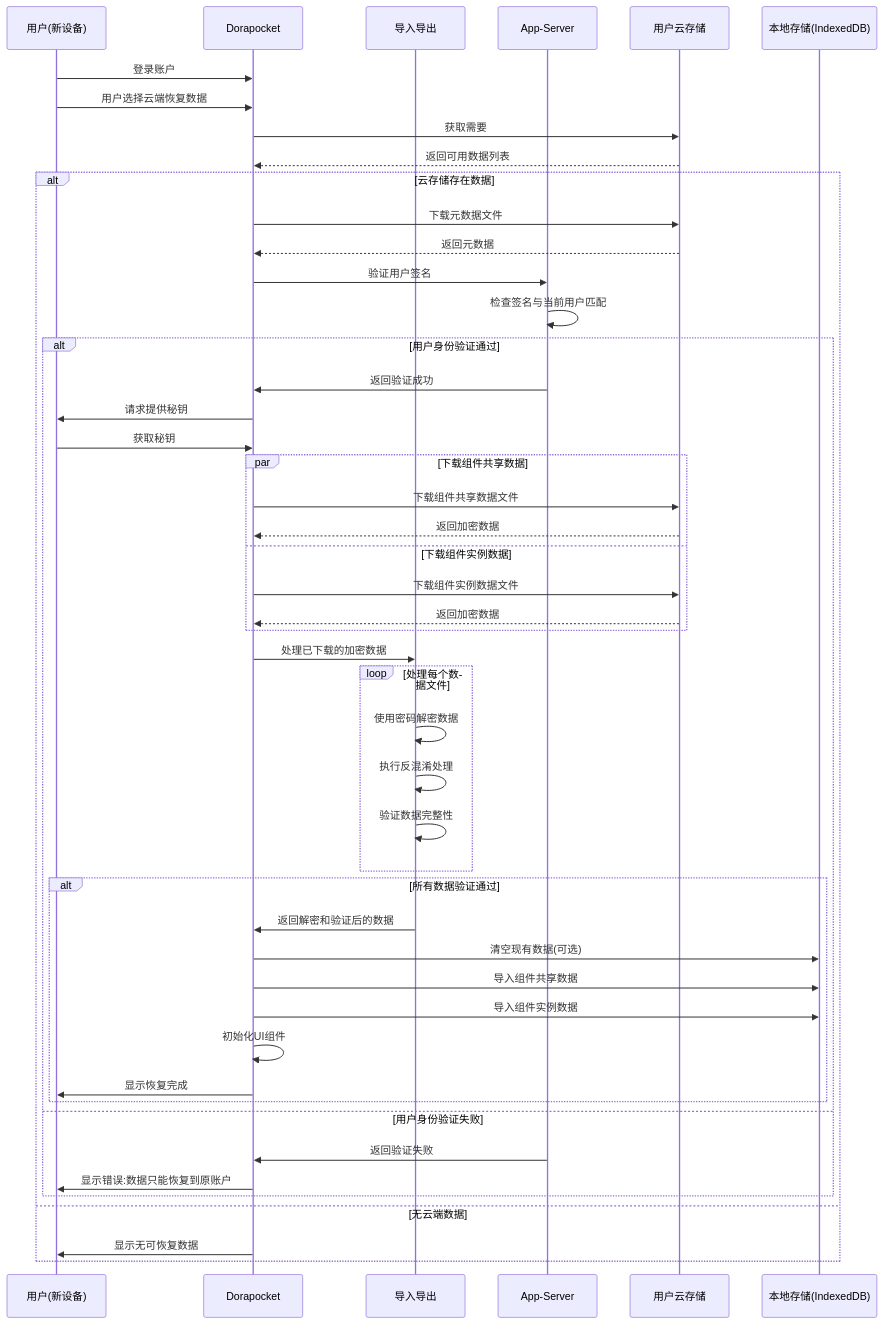
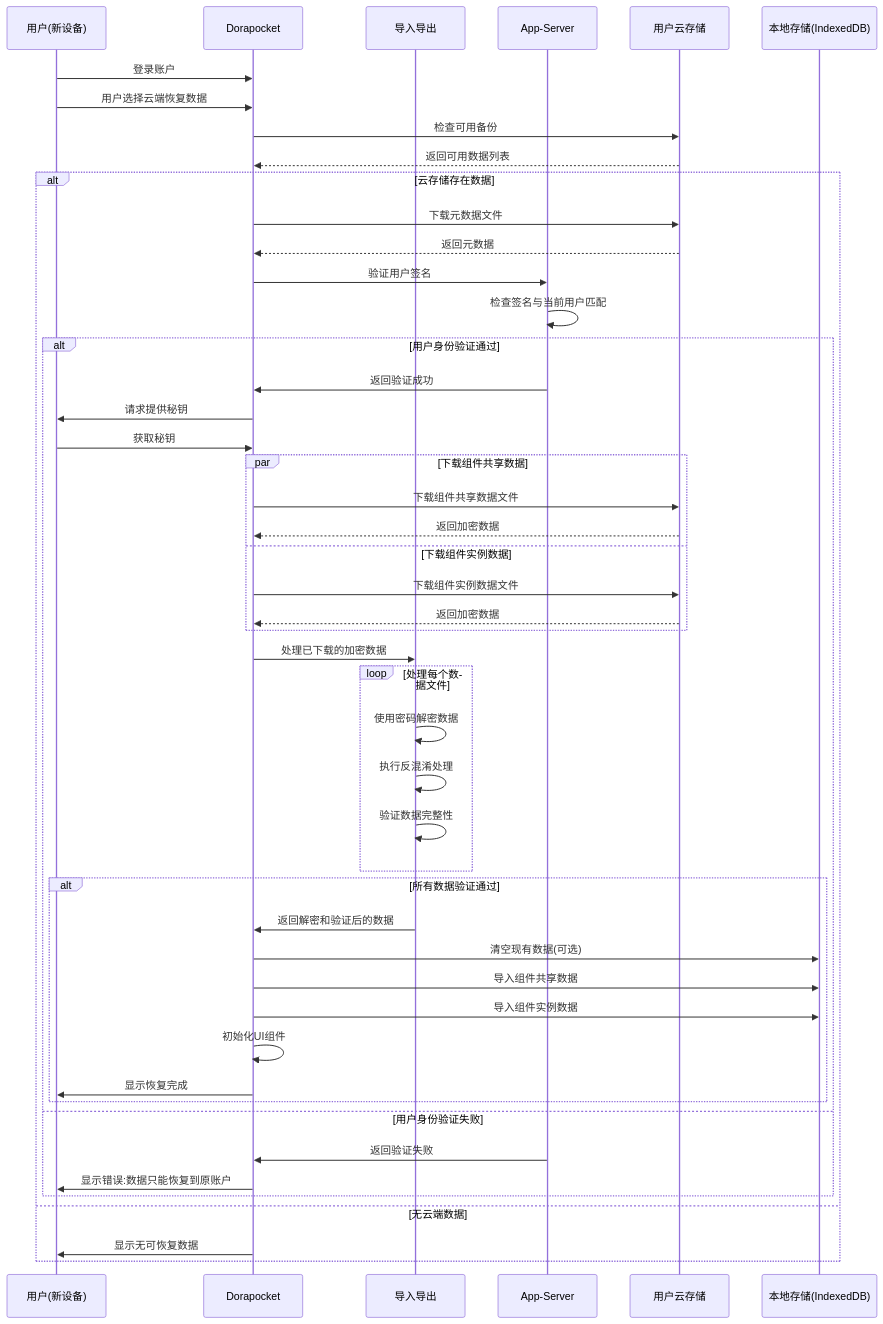
Before and after one commit to yingjianzh/iodraw-files: the diagram in all/未命名-38.md, drawn with Mermaid.

Commit message:
2025-04-21 13:46:45 update

````diff
--- a/all/未命名-38.md
+++ b/all/未命名-38.md
@@ -1,64 +1,64 @@
 ```mermaid
 
 sequenceDiagram
     participant User as 用户(新设备)
     participant App as Dorapocket
     participant Security as 导入导出
     participant AppServer as App-Server
     participant UserCloud as 用户云存储
     participant LocalDB as 本地存储(IndexedDB)
     
     User->>App: 登录账户
     User->>App: 用户选择云端恢复数据
     
-    App->>UserCloud: 获取需要
+    App->>UserCloud: 检查可用备份
     UserCloud-->>App: 返回可用数据列表
     
     alt 云存储存在数据
         
         App->>UserCloud: 下载元数据文件
         UserCloud-->>App: 返回元数据
         
         App->>AppServer: 验证用户签名
         AppServer->>AppServer: 检查签名与当前用户匹配
         
         alt 用户身份验证通过
             AppServer->>App: 返回验证成功
             
             App->>User: 请求提供秘钥
             User->>App: 获取秘钥
             
             par 下载组件共享数据
                 App->>UserCloud: 下载组件共享数据文件
                 UserCloud-->>App: 返回加密数据
             and 下载组件实例数据
                 App->>UserCloud: 下载组件实例数据文件
                 UserCloud-->>App: 返回加密数据
             end
             
             App->>Security: 处理已下载的加密数据
             loop 处理每个数据文件
                 Security->>Security: 使用密码解密数据
                 Security->>Security: 执行反混淆处理
                 Security->>Security: 验证数据完整性
             end
             
             alt 所有数据验证通过
                 Security->>App: 返回解密和验证后的数据
                 
                 App->>LocalDB: 清空现有数据(可选)
                 App->>LocalDB: 导入组件共享数据
                 App->>LocalDB: 导入组件实例数据
                 
                 App->>App: 初始化UI组件
                 App->>User: 显示恢复完成
             end
         else 用户身份验证失败
             AppServer->>App: 返回验证失败
             App->>User: 显示错误:数据只能恢复到原账户
         end
     else 无云端数据
         App->>User: 显示无可恢复数据
     end
 
 ```
````
